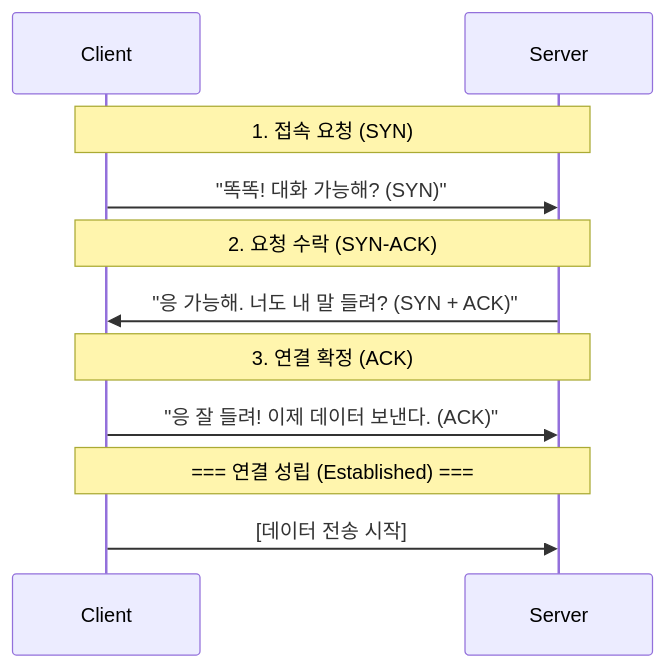
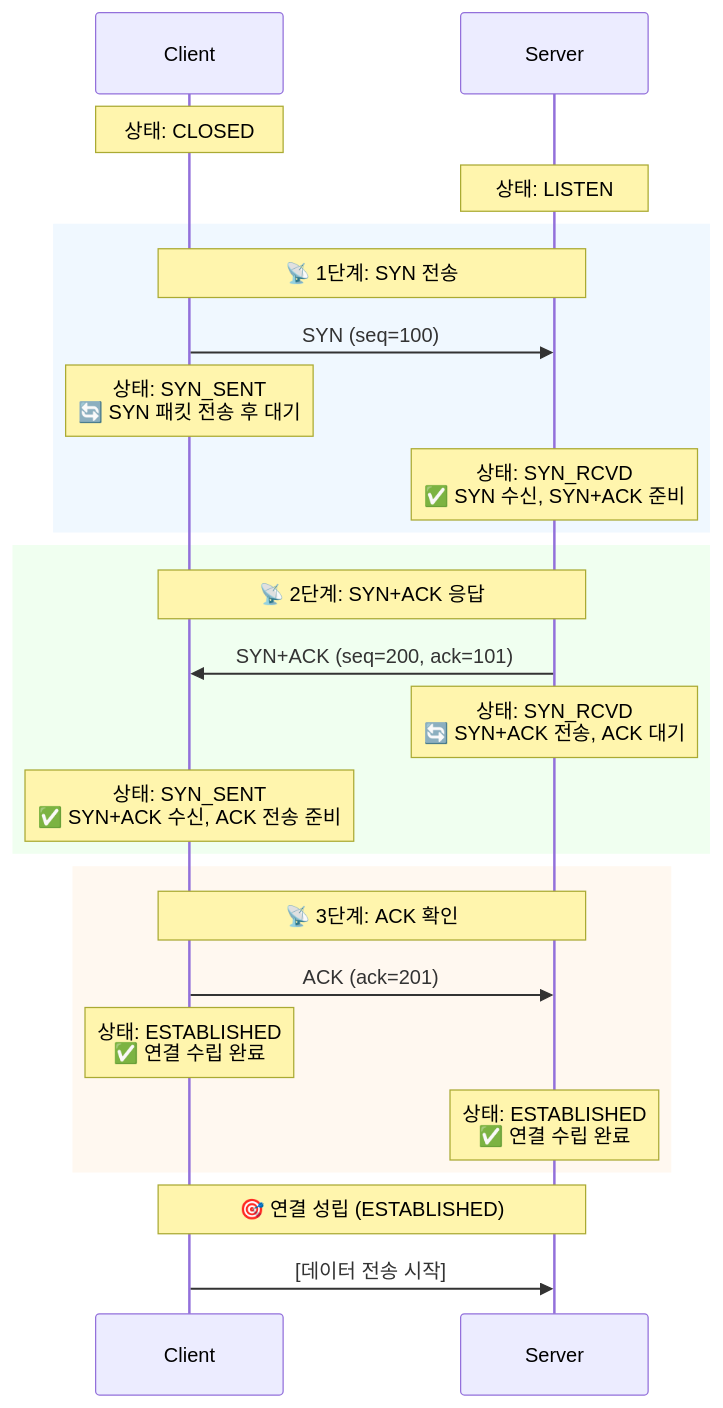
The diagram in 02-network/tcp-vs-udp/README.md (thseo4813/Study-Notes), drawn with Mermaid before and after one commit. The commit also changed other lines of this file and 2 other files, not shown here.

Commit message:
개선

````diff
--- a/02-network/tcp-vs-udp/README.md
+++ b/02-network/tcp-vs-udp/README.md
@@ -97,18 +99,33 @@
 ```mermaid
 sequenceDiagram
     participant Client
     participant Server
 
-    Note over Client, Server: 1. 접속 요청 (SYN)
-    Client->>Server: "똑똑! 대화 가능해? (SYN)"
-    
-    Note over Client, Server: 2. 요청 수락 (SYN-ACK)
-    Server->>Client: "응 가능해. 너도 내 말 들려? (SYN + ACK)"
-    
-    Note over Client, Server: 3. 연결 확정 (ACK)
-    Client->>Server: "응 잘 들려! 이제 데이터 보낸다. (ACK)"
-    
-    Note over Client, Server: === 연결 성립 (Established) ===
+    Note over Client: 상태: CLOSED
+    Note over Server: 상태: LISTEN
+
+    rect rgb(240, 248, 255)
+        Note over Client, Server: 📡 1단계: SYN 전송
+        Client->>Server: SYN (seq=100)
+        Note over Client: 상태: SYN_SENT<br/>🔄 SYN 패킷 전송 후 대기
+        Note over Server: 상태: SYN_RCVD<br/>✅ SYN 수신, SYN+ACK 준비
+    end
+
+    rect rgb(240, 255, 240)
+        Note over Client, Server: 📡 2단계: SYN+ACK 응답
+        Server->>Client: SYN+ACK (seq=200, ack=101)
+        Note over Server: 상태: SYN_RCVD<br/>🔄 SYN+ACK 전송, ACK 대기
+        Note over Client: 상태: SYN_SENT<br/>✅ SYN+ACK 수신, ACK 전송 준비
+    end
+
+    rect rgb(255, 248, 240)
+        Note over Client, Server: 📡 3단계: ACK 확인
+        Client->>Server: ACK (ack=201)
+        Note over Client: 상태: ESTABLISHED<br/>✅ 연결 수립 완료
+        Note over Server: 상태: ESTABLISHED<br/>✅ 연결 수립 완료
+    end
+
+    Note over Client, Server: 🎯 연결 성립 (ESTABLISHED)
     Client->>Server: [데이터 전송 시작]
 
 ```
````
